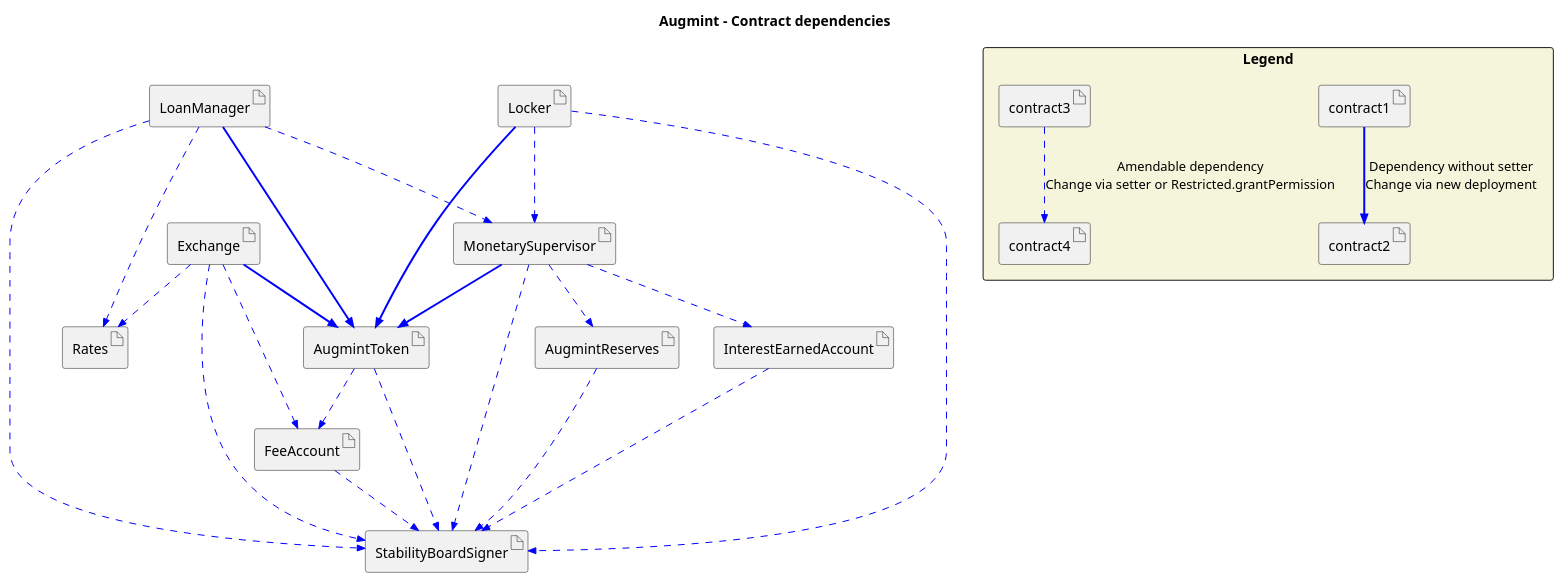
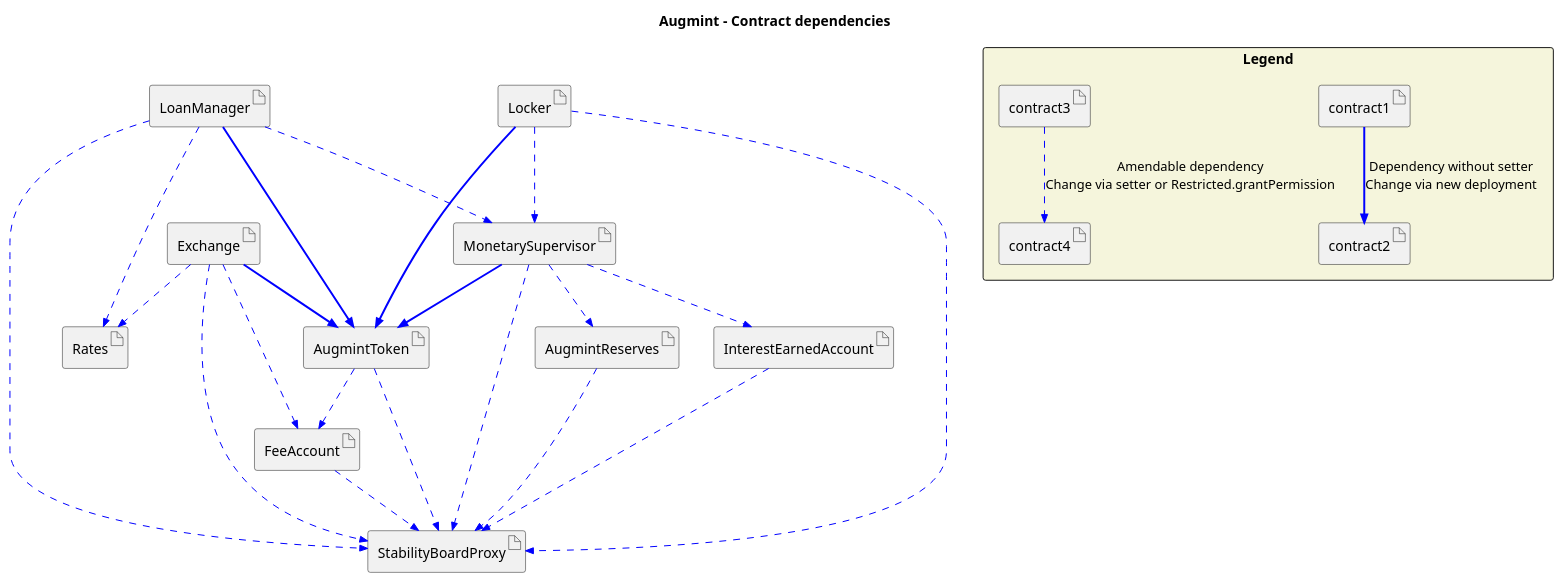
The diagram in docs/contractDependencies.plantuml (Augmint/augmint-contracts), drawn with PlantUML before and after one commit. The commit also changed 19 other files, not shown here.

Commit message:
contract renaming: StabilityBoardSigner => StabilityBoardProxy

```diff
--- a/docs/contractDependencies.plantuml
+++ b/docs/contractDependencies.plantuml
@@ -1,55 +1,55 @@
 @startuml
 title **Augmint** - Contract dependencies
 skinparam ArrowColor #blue
 skinparam noteBackgroundColor #lightgrey
 
-artifact StabilityBoardSigner
+artifact StabilityBoardProxy
 artifact Rates
 artifact AugmintReserves
 artifact FeeAccount
 artifact AugmintToken
 artifact InterestEarnedAccount
 artifact MonetarySupervisor
 artifact LoanManager
 artifact Locker
 artifact Exchange
 
 
 rectangle "Legend" #Beige {
 	artifact contract1
 	artifact contract2
     artifact contract3
 	artifact contract4
     contract1 ==>> contract2 : Dependency without setter\nChange via new deployment
     contract3 ..>> contract4 : Amendable dependency\nChange via setter or Restricted.grantPermission
 }
 
 AugmintToken ..>> FeeAccount
-AugmintToken ..>> StabilityBoardSigner
+AugmintToken ..>> StabilityBoardProxy
 
 MonetarySupervisor ==>> AugmintToken
-MonetarySupervisor ..>> StabilityBoardSigner
+MonetarySupervisor ..>> StabilityBoardProxy
 MonetarySupervisor ..>> AugmintReserves
 MonetarySupervisor ..>> InterestEarnedAccount
 
 LoanManager ==>> AugmintToken
-LoanManager ..>> StabilityBoardSigner
+LoanManager ..>> StabilityBoardProxy
 LoanManager ..>> MonetarySupervisor
 LoanManager ..>> Rates
 
 Locker ==>> AugmintToken
-Locker ..>> StabilityBoardSigner
+Locker ..>> StabilityBoardProxy
 Locker ..>> MonetarySupervisor
 
 Exchange ==>> AugmintToken
-Exchange ..>> StabilityBoardSigner
+Exchange ..>> StabilityBoardProxy
 Exchange ..>> Rates
 Exchange ..>> FeeAccount
 
-InterestEarnedAccount ..>> StabilityBoardSigner
+InterestEarnedAccount ..>> StabilityBoardProxy
 
-FeeAccount ..>> StabilityBoardSigner
+FeeAccount ..>> StabilityBoardProxy
 
-AugmintReserves ..>> StabilityBoardSigner
+AugmintReserves ..>> StabilityBoardProxy
 
 @enduml
```
